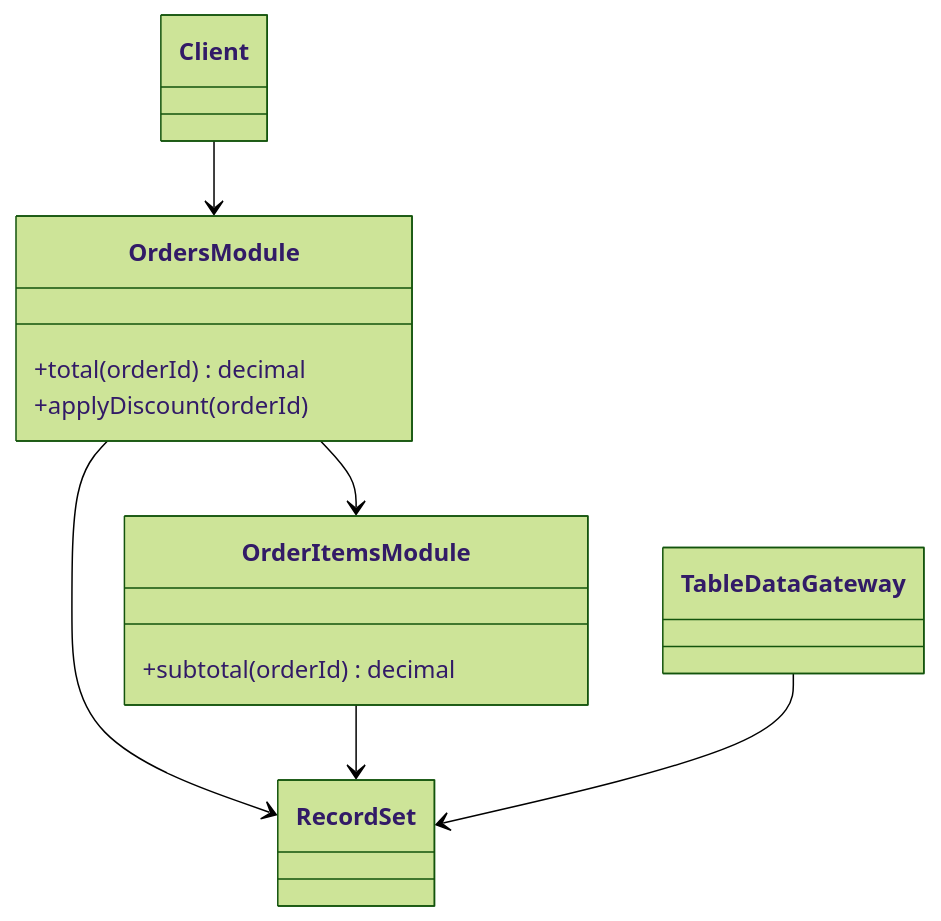
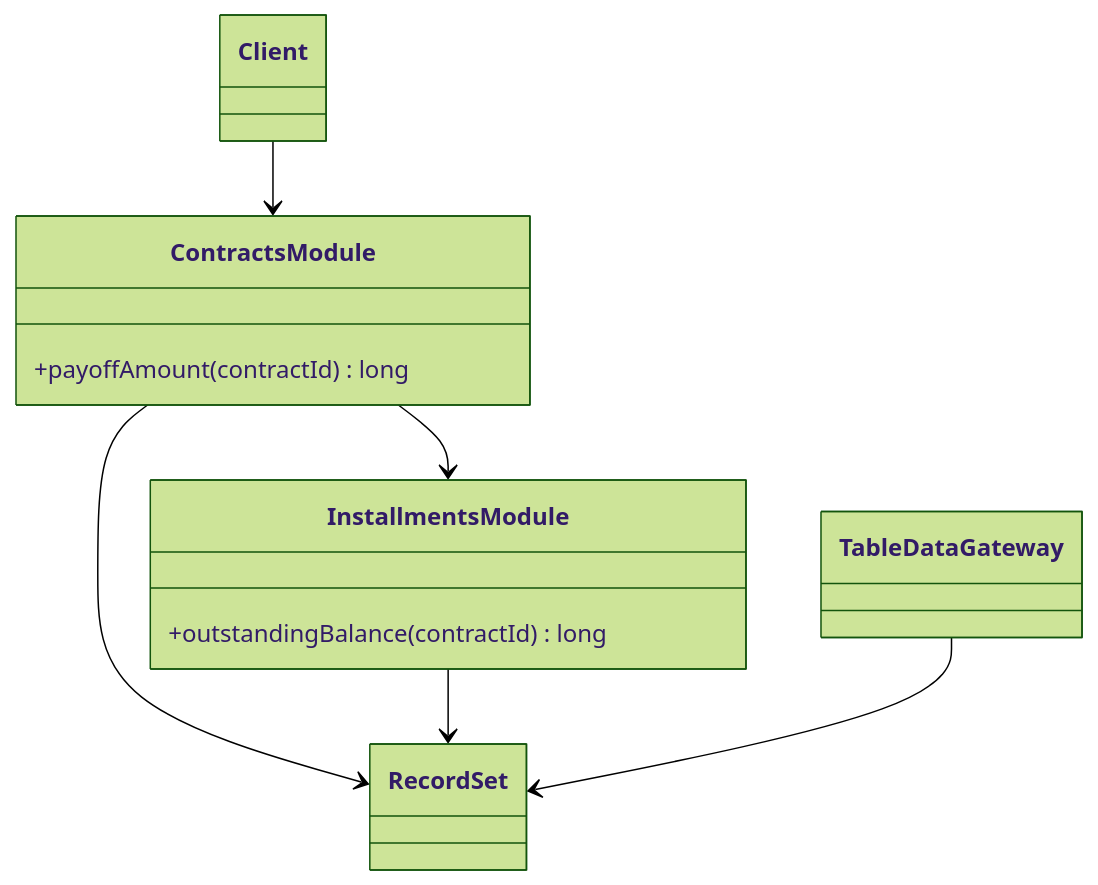
The diagram in docs/design/poeaa/domain-logic/table-module.md (alancesar/design-patterns), drawn with Mermaid (forest theme) before and after one commit. The commit also changed other lines of this file and 95 other files, not shown here.

First line of the commit message:
Switch PoEAA examples and diagrams to fintech scenarios

````diff
--- a/docs/design/poeaa/domain-logic/table-module.md
+++ b/docs/design/poeaa/domain-logic/table-module.md
@@ -55,18 +55,17 @@
 ```mermaid
 classDiagram
     class Client
-    class OrdersModule {
-        +total(orderId) decimal
-        +applyDiscount(orderId)
+    class ContractsModule {
+        +payoffAmount(contractId) long
     }
-    class OrderItemsModule {
-        +subtotal(orderId) decimal
+    class InstallmentsModule {
+        +outstandingBalance(contractId) long
     }
     class RecordSet
     class TableDataGateway
-    Client --> OrdersModule
-    OrdersModule --> OrderItemsModule
-    OrdersModule --> RecordSet
-    OrderItemsModule --> RecordSet
+    Client --> ContractsModule
+    ContractsModule --> InstallmentsModule
+    ContractsModule --> RecordSet
+    InstallmentsModule --> RecordSet
     TableDataGateway --> RecordSet
 ```
````
